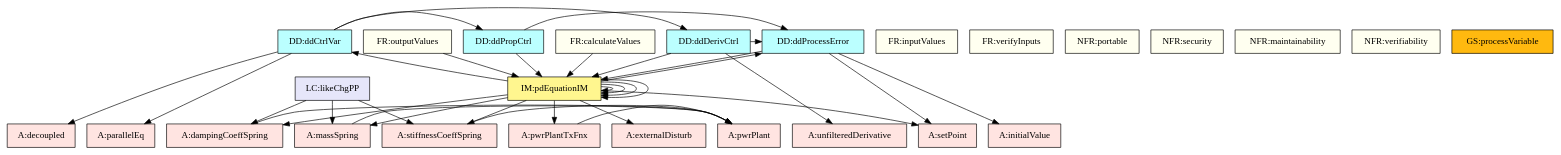
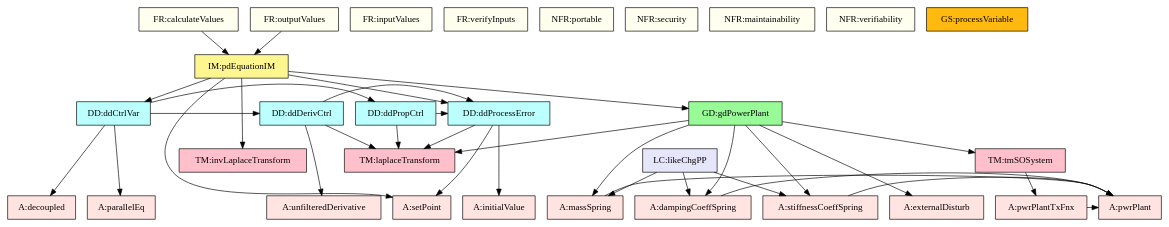
The diagram in code/stable/pdcontroller/TraceyGraph/allvsall.dot (JacquesCarette/Drasil), drawn with Graphviz before and after one commit. The commit also changed 36 other files, not shown here.

```diff
--- a/code/stable/pdcontroller/TraceyGraph/allvsall.dot
+++ b/code/stable/pdcontroller/TraceyGraph/allvsall.dot
@@ -1,115 +1,115 @@
 digraph allvsall {
 	pwrPlantTxFnx -> pwrPlant;
 	massSpring -> pwrPlant;
 	dampingCoeffSpring -> pwrPlant;
 	stiffnessCoeffSpring -> pwrPlant;
 	qdProcessErrorFD -> setPoint;
 	qdProcessErrorFD -> initialValue;
-	qdProcessErrorFD -> theory:laplaceRC;
+	qdProcessErrorFD -> laplaceRC:theory;
 	qdPropControlFD -> qdProcessErrorFD;
-	qdPropControlFD -> theory:laplaceRC;
+	qdPropControlFD -> laplaceRC:theory;
 	qdDerivativeControlFD -> unfilteredDerivative;
 	qdDerivativeControlFD -> qdProcessErrorFD;
-	qdDerivativeControlFD -> theory:laplaceRC;
+	qdDerivativeControlFD -> laplaceRC:theory;
 	qdCtrlVarFD -> decoupled;
 	qdCtrlVarFD -> parallelEq;
 	qdCtrlVarFD -> qdPropControlFD;
 	qdCtrlVarFD -> qdDerivativeControlFD;
-	theory:tmSOSystemRC -> pwrPlantTxFnx;
-	theory:gdPowerPlantRC -> externalDisturb;
-	theory:gdPowerPlantRC -> massSpring;
-	theory:gdPowerPlantRC -> dampingCoeffSpring;
-	theory:gdPowerPlantRC -> stiffnessCoeffSpring;
-	theory:gdPowerPlantRC -> theory:laplaceRC;
-	theory:gdPowerPlantRC -> theory:tmSOSystemRC;
-	theory:imPDRC -> setPoint;
-	theory:imPDRC -> qdProcessErrorFD;
-	theory:imPDRC -> qdCtrlVarFD;
-	theory:imPDRC -> theory:invLaplaceRC;
-	theory:imPDRC -> theory:gdPowerPlantRC;
-	calculateValues -> theory:imPDRC;
-	outputValues -> theory:imPDRC;
+	tmSOSystemRC:theory -> pwrPlantTxFnx;
+	gdPowerPlantRC:theory -> externalDisturb;
+	gdPowerPlantRC:theory -> massSpring;
+	gdPowerPlantRC:theory -> dampingCoeffSpring;
+	gdPowerPlantRC:theory -> stiffnessCoeffSpring;
+	gdPowerPlantRC:theory -> laplaceRC:theory;
+	gdPowerPlantRC:theory -> tmSOSystemRC:theory;
+	imPDRC:theory -> setPoint;
+	imPDRC:theory -> qdProcessErrorFD;
+	imPDRC:theory -> qdCtrlVarFD;
+	imPDRC:theory -> invLaplaceRC:theory;
+	imPDRC:theory -> gdPowerPlantRC:theory;
+	calculateValues -> imPDRC:theory;
+	outputValues -> imPDRC:theory;
 	likeChgPP -> massSpring;
 	likeChgPP -> dampingCoeffSpring;
 	likeChgPP -> stiffnessCoeffSpring;
 
 
 	pwrPlant	[shape=box, color=black, style=filled, fillcolor=mistyrose, label="A:pwrPlant"];
 	decoupled	[shape=box, color=black, style=filled, fillcolor=mistyrose, label="A:decoupled"];
 	setPoint	[shape=box, color=black, style=filled, fillcolor=mistyrose, label="A:setPoint"];
 	externalDisturb	[shape=box, color=black, style=filled, fillcolor=mistyrose, label="A:externalDisturb"];
 	initialValue	[shape=box, color=black, style=filled, fillcolor=mistyrose, label="A:initialValue"];
 	parallelEq	[shape=box, color=black, style=filled, fillcolor=mistyrose, label="A:parallelEq"];
 	unfilteredDerivative	[shape=box, color=black, style=filled, fillcolor=mistyrose, label="A:unfilteredDerivative"];
 	pwrPlantTxFnx	[shape=box, color=black, style=filled, fillcolor=mistyrose, label="A:pwrPlantTxFnx"];
 	massSpring	[shape=box, color=black, style=filled, fillcolor=mistyrose, label="A:massSpring"];
 	dampingCoeffSpring	[shape=box, color=black, style=filled, fillcolor=mistyrose, label="A:dampingCoeffSpring"];
 	stiffnessCoeffSpring	[shape=box, color=black, style=filled, fillcolor=mistyrose, label="A:stiffnessCoeffSpring"];
 
 	subgraph A {
 	rank="same"
 	{pwrPlant, decoupled, setPoint, externalDisturb, initialValue, parallelEq, unfilteredDerivative, pwrPlantTxFnx, massSpring, dampingCoeffSpring, stiffnessCoeffSpring}
 	}
 
 	qdProcessErrorFD	[shape=box, color=black, style=filled, fillcolor=paleturquoise1, label="DD:ddProcessError"];
 	qdPropControlFD	[shape=box, color=black, style=filled, fillcolor=paleturquoise1, label="DD:ddPropCtrl"];
 	qdDerivativeControlFD	[shape=box, color=black, style=filled, fillcolor=paleturquoise1, label="DD:ddDerivCtrl"];
 	qdCtrlVarFD	[shape=box, color=black, style=filled, fillcolor=paleturquoise1, label="DD:ddCtrlVar"];
 
 	subgraph DD {
 	rank="same"
 	{qdProcessErrorFD, qdPropControlFD, qdDerivativeControlFD, qdCtrlVarFD}
 	}
 
-	theory:laplaceRC	[shape=box, color=black, style=filled, fillcolor=pink, label="TM:laplaceTransform"];
-	theory:invLaplaceRC	[shape=box, color=black, style=filled, fillcolor=pink, label="TM:invLaplaceTransform"];
-	theory:tmSOSystemRC	[shape=box, color=black, style=filled, fillcolor=pink, label="TM:tmSOSystem"];
+	laplaceRC:theory	[shape=box, color=black, style=filled, fillcolor=pink, label="TM:laplaceTransform"];
+	invLaplaceRC:theory	[shape=box, color=black, style=filled, fillcolor=pink, label="TM:invLaplaceTransform"];
+	tmSOSystemRC:theory	[shape=box, color=black, style=filled, fillcolor=pink, label="TM:tmSOSystem"];
 
 	subgraph TM {
 	rank="same"
-	{theory:laplaceRC, theory:invLaplaceRC, theory:tmSOSystemRC}
+	{laplaceRC:theory, invLaplaceRC:theory, tmSOSystemRC:theory}
 	}
 
-	theory:gdPowerPlantRC	[shape=box, color=black, style=filled, fillcolor=palegreen, label="GD:gdPowerPlant"];
+	gdPowerPlantRC:theory	[shape=box, color=black, style=filled, fillcolor=palegreen, label="GD:gdPowerPlant"];
 
 	subgraph GD {
 	rank="same"
-	{theory:gdPowerPlantRC}
+	{gdPowerPlantRC:theory}
 	}
 
-	theory:imPDRC	[shape=box, color=black, style=filled, fillcolor=khaki1, label="IM:pdEquationIM"];
+	imPDRC:theory	[shape=box, color=black, style=filled, fillcolor=khaki1, label="IM:pdEquationIM"];
 
 	subgraph IM {
 	rank="same"
-	{theory:imPDRC}
+	{imPDRC:theory}
 	}
 
 	inputValues	[shape=box, color=black, style=filled, fillcolor=ivory, label="FR:inputValues"];
 	verifyInputs	[shape=box, color=black, style=filled, fillcolor=ivory, label="FR:verifyInputs"];
 	calculateValues	[shape=box, color=black, style=filled, fillcolor=ivory, label="FR:calculateValues"];
 	outputValues	[shape=box, color=black, style=filled, fillcolor=ivory, label="FR:outputValues"];
 	portable	[shape=box, color=black, style=filled, fillcolor=ivory, label="NFR:portable"];
 	security	[shape=box, color=black, style=filled, fillcolor=ivory, label="NFR:security"];
 	maintainability	[shape=box, color=black, style=filled, fillcolor=ivory, label="NFR:maintainability"];
 	verifiability	[shape=box, color=black, style=filled, fillcolor=ivory, label="NFR:verifiability"];
 
 	subgraph FR {
 	rank="same"
 	{inputValues, verifyInputs, calculateValues, outputValues, portable, security, maintainability, verifiability}
 	}
 
 	processVariable	[shape=box, color=black, style=filled, fillcolor=darkgoldenrod1, label="GS:processVariable"];
 
 	subgraph GS {
 	rank="same"
 	{processVariable}
 	}
 
 	likeChgPP	[shape=box, color=black, style=filled, fillcolor=lavender, label="LC:likeChgPP"];
 
 	subgraph LC {
 	rank="same"
 	{likeChgPP}
 	}
 
 }
```
